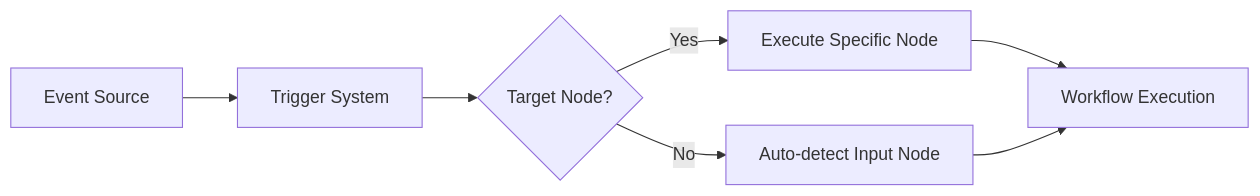
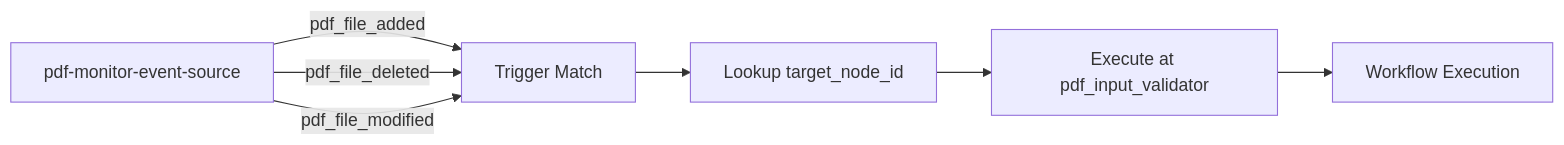
The second of 2 diagrams in PramaIAServer/docs/implementation/trigger-system/TRIGGER_SYSTEM_ADVANCED_DOCUMENTATION.md (sainumannu/PramaIA-Constellation), drawn with Mermaid before and after one commit. The commit also changed other lines of this file and 135 other files, not shown here.

````diff
--- a/PramaIAServer/docs/implementation/trigger-system/TRIGGER_SYSTEM_ADVANCED_DOCUMENTATION.md
+++ b/PramaIAServer/docs/implementation/trigger-system/TRIGGER_SYSTEM_ADVANCED_DOCUMENTATION.md
@@ -166,9 +212,9 @@
 ```mermaid
 graph LR
-    A[Event Source] --> B[Trigger System]
-    B --> C{Target Node?}
-    C -->|Yes| D[Execute Specific Node]
-    C -->|No| E[Auto-detect Input Node]
-    D --> F[Workflow Execution]
-    E --> F
+    A[pdf-monitor-event-source] -->|pdf_file_added| B[Trigger Match]
+    A -->|pdf_file_deleted| B
+    A -->|pdf_file_modified| B
+    B --> C[Lookup target_node_id]
+    C --> D[Execute at pdf_input_validator]
+    D --> E[Workflow Execution]
 ```
````
